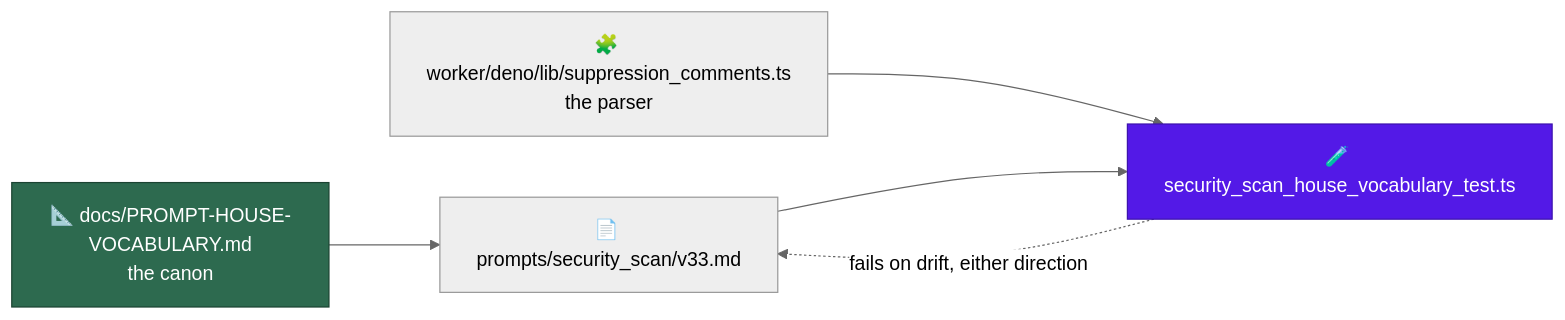
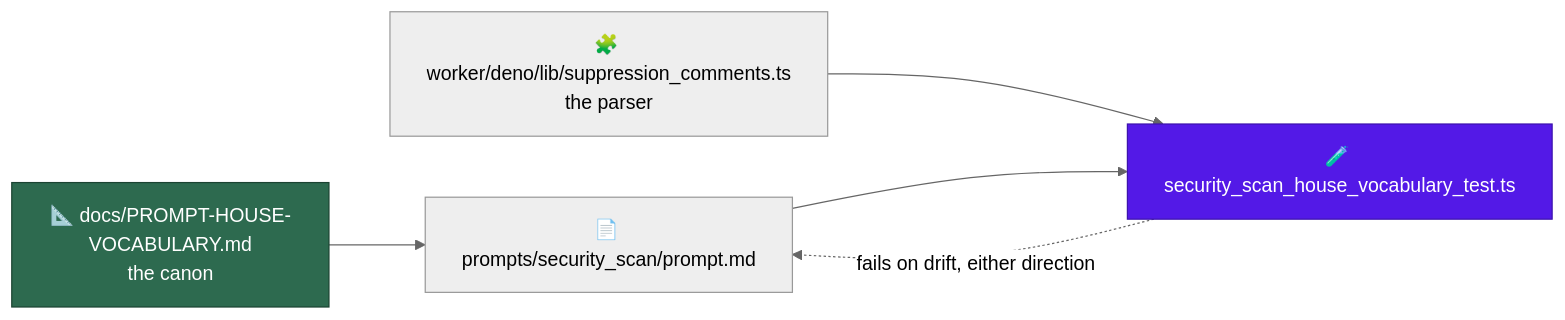
The diagram in docs/archive/pr-summaries/pr-summary-837.md (stSoftwareAU/VibeCoder), drawn with Mermaid (neutral theme) before and after one commit. The commit also changed other lines of this file and 1 other file, not shown here.

````diff
--- a/docs/archive/pr-summaries/pr-summary-837.md
+++ b/docs/archive/pr-summaries/pr-summary-837.md
@@ -57,9 +77,9 @@
 ```mermaid
 flowchart LR
-    C["📐 docs/PROMPT-HOUSE-VOCABULARY.md<br/>the canon"] --> V["📄 prompts/security_scan/v33.md"]
+    C["📐 docs/PROMPT-HOUSE-VOCABULARY.md<br/>the canon"] --> V["📄 prompts/security_scan/prompt.md"]
     P["🧩 worker/deno/lib/suppression_comments.ts<br/>the parser"] --> T
     V --> T["🧪 security_scan_house_vocabulary_test.ts"]
     T -. "fails on drift, either direction" .-> V
     style C fill:#2d6a4f,stroke:#1b4332,color:#fff
     style T fill:#5319e7,stroke:#3d13ad,color:#fff
 ```
````
